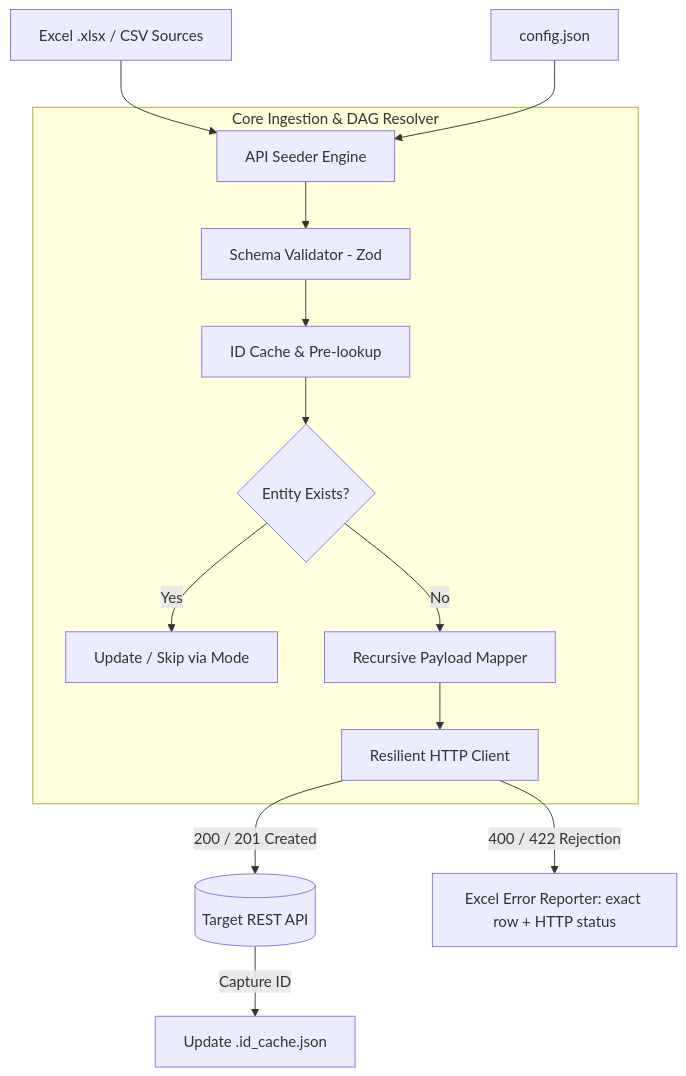
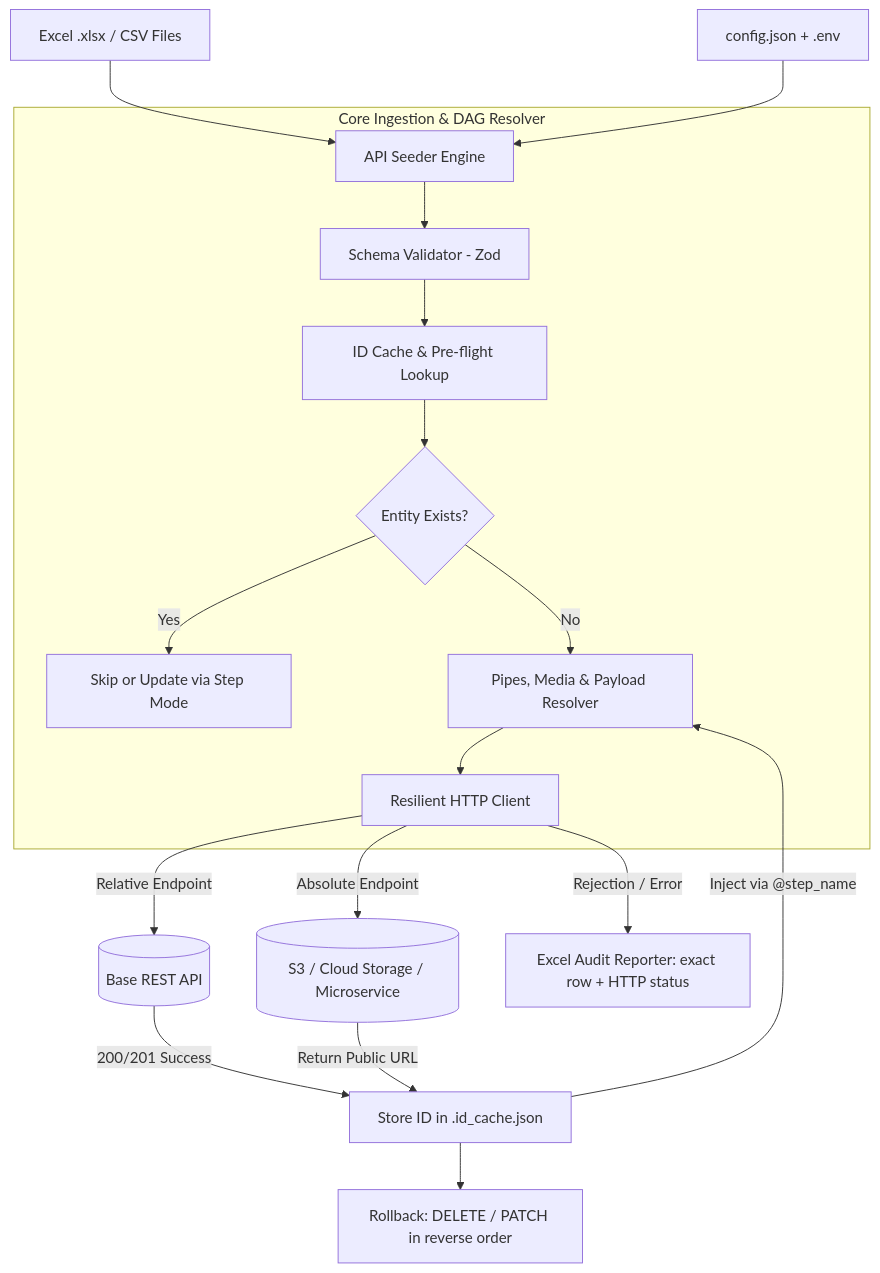
Before and after one commit to albertk-dev/api-seeder: the diagram in README.md, drawn with Mermaid. The commit also changed other lines of this file and 38 other files, not shown here.

Commit message:
feat: enterprise S3/standalone endpoints, media multipart/base64, flexible HTTP status, soft-delete rollback, and school management demo

````diff
--- a/README.md
+++ b/README.md
@@ -49,18 +53,25 @@
 ```mermaid
 flowchart TD
-    A[Excel .xlsx / CSV Sources] --> B[API Seeder Engine]
-    C[config.json] --> B
+    A[Excel .xlsx / CSV Files] --> B[API Seeder Engine]
+    C[config.json + .env] --> B
     
     subgraph Engine [Core Ingestion & DAG Resolver]
         B --> D[Schema Validator - Zod]
-        D --> E[ID Cache & Pre-lookup]
+        D --> E[ID Cache & Pre-flight Lookup]
         E --> F{Entity Exists?}
-        F -- Yes --> G[Update / Skip via Mode]
-        F -- No --> H[Recursive Payload Mapper]
+        F -- Yes --> G[Skip or Update via Step Mode]
+        F -- No --> H[Pipes, Media & Payload Resolver]
         H --> I[Resilient HTTP Client]
     end
     
-    I -->|200 / 201 Created| J[(Target REST API)]
-    J -->|Capture ID| K[Update .id_cache.json]
-    I -->|400 / 422 Rejection| L[Excel Error Reporter: exact row + HTTP status]
+    I -->|Relative Endpoint| J[(Base REST API)]
+    I -->|Absolute Endpoint| K[(S3 / Cloud Storage / Microservice)]
+    
+    J -->|200/201 Success| L[Store ID in .id_cache.json]
+    K -->|Return Public URL| L
+    
+    L -->|Inject via @step_name| H
+    I -->|Rejection / Error| M[Excel Audit Reporter: exact row + HTTP status]
+    
+    L --> N[Rollback: DELETE / PATCH in reverse order]
 ```
````
